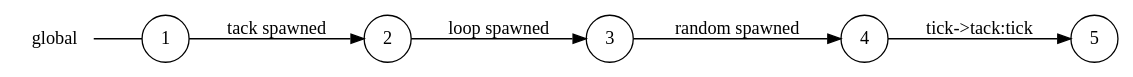
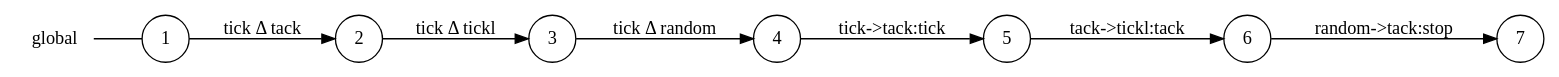
One commit to gabrielegenovese/chorer changed the diagram in out/tick_global_view.dot. Above: the diagram before and after it, drawn with Graphviz. The commit also changed 10 other files, not shown here.

```diff
--- a/out/tick_global_view.dot
+++ b/out/tick_global_view.dot
@@ -1,15 +1,19 @@
 digraph global {
 	rankdir="LR";
 	n_0 [label="global", shape="plaintext"];
 	n_1 [id="5", shape=circle, label="5"];
-	n_2 [id="1", shape=circle, label="1"];
-	n_0 -> n_2 [arrowhead=none];
-	n_3 [id="2", shape=circle, label="2"];
-	n_4 [id="4", shape=circle, label="4"];
-	n_5 [id="3", shape=circle, label="3"];
+	n_2 [id="6", shape=circle, label="6"];
+	n_3 [id="1", shape=circle, label="1"];
+	n_0 -> n_3 [arrowhead=none];
+	n_4 [id="2", shape=circle, label="2"];
+	n_5 [id="4", shape=circle, label="4"];
+	n_6 [id="7", shape=circle, label="7"];
+	n_7 [id="3", shape=circle, label="3"];
 
-	n_5 -> n_4 [id="[$e|2]", label="random spawned"];
-	n_2 -> n_3 [id="[$e|0]", label="tack spawned"];
-	n_4 -> n_1 [id="[$e|3]", label="tick->tack:tick"];
-	n_3 -> n_5 [id="[$e|1]", label="loop spawned"];
+	n_1 -> n_2 [id="[$e|4]", label="tack->tickl:tack"];
+	n_2 -> n_6 [id="[$e|5]", label="random->tack:stop"];
+	n_7 -> n_5 [id="[$e|2]", label="tick Δ random"];
+	n_3 -> n_4 [id="[$e|0]", label="tick Δ tack"];
+	n_5 -> n_1 [id="[$e|3]", label="tick->tack:tick"];
+	n_4 -> n_7 [id="[$e|1]", label="tick Δ tickl"];
 }
```
